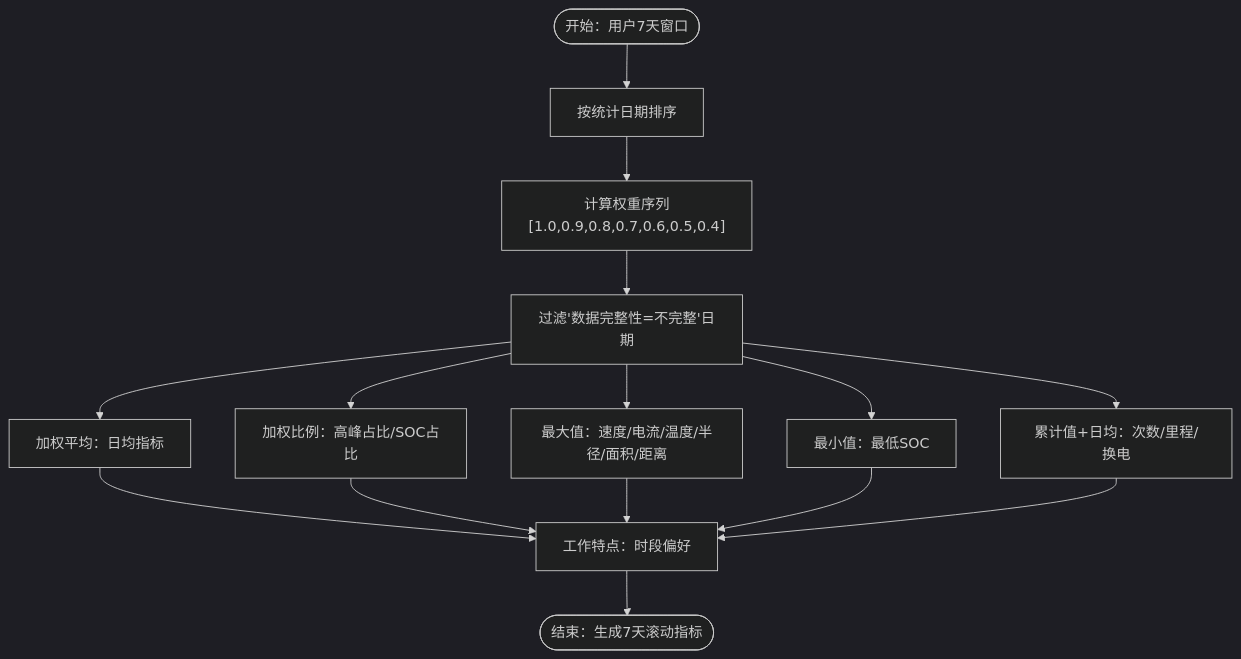
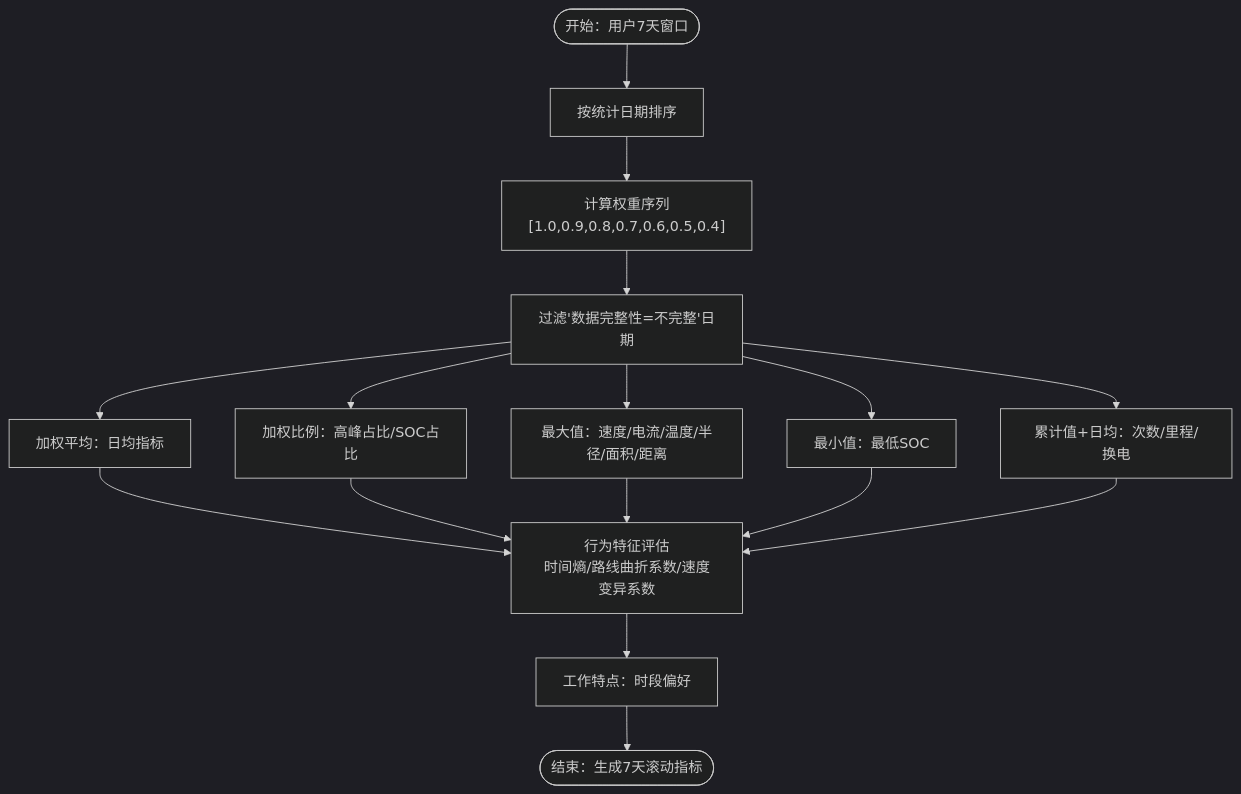
The third of 4 diagrams in .qoder/repowiki/zh/content/系统架构设计/数据流水线架构/L3生命周期层.md (cr71111/User_characteristics_repo), drawn with Mermaid (dark theme) before and after one commit. The commit also changed other lines of this file and 158 other files, not shown here.

````diff
--- a/.qoder/repowiki/zh/content/系统架构设计/数据流水线架构/L3生命周期层.md
+++ b/.qoder/repowiki/zh/content/系统架构设计/数据流水线架构/L3生命周期层.md
@@ -132,17 +167,18 @@
 ```mermaid
 flowchart TD
 Start(["开始：用户7天窗口"]) --> Sort["按统计日期排序"]
 Sort --> Weight["计算权重序列<br/>[1.0,0.9,0.8,0.7,0.6,0.5,0.4]"]
 Weight --> Filter["过滤'数据完整性=不完整'日期"]
 Filter --> AggAvg["加权平均：日均指标"]
 Filter --> AggRatio["加权比例：高峰占比/SOC占比"]
 Filter --> AggMax["最大值：速度/电流/温度/半径/面积/距离"]
 Filter --> AggMin["最小值：最低SOC"]
 Filter --> AggCum["累计值+日均：次数/里程/换电"]
-AggAvg --> Pattern["工作特点：时段偏好"]
-AggRatio --> Pattern
-AggMax --> Pattern
-AggMin --> Pattern
-AggCum --> Pattern
+AggAvg --> Behavior["行为特征评估<br/>时间熵/路线曲折系数/速度变异系数"]
+AggRatio --> Behavior
+AggMax --> Behavior
+AggMin --> Behavior
+AggCum --> Behavior
+Behavior --> Pattern["工作特点：时段偏好"]
 Pattern --> End(["结束：生成7天滚动指标"])
 ```
````
